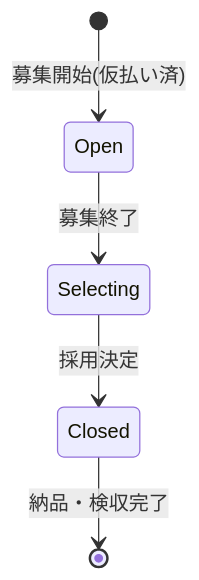
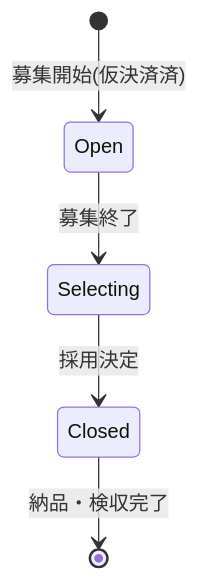
Before and after one commit to yamazarukyoto/projectmarkethub: the second of 3 diagrams in ★sekkei.md, drawn with Mermaid. The commit also changed other lines of this file and 28 other files, not shown here.

````diff
--- a/★sekkei.md
+++ b/★sekkei.md
@@ -258,7 +260,7 @@
 ```mermaid
 stateDiagram-v2
-    [*] --> Open: 募集開始(仮払い済)
+    [*] --> Open: 募集開始(仮決済済)
     Open --> Selecting: 募集終了
     Selecting --> Closed: 採用決定
     Closed --> [*]: 納品・検収完了
 ```
````
